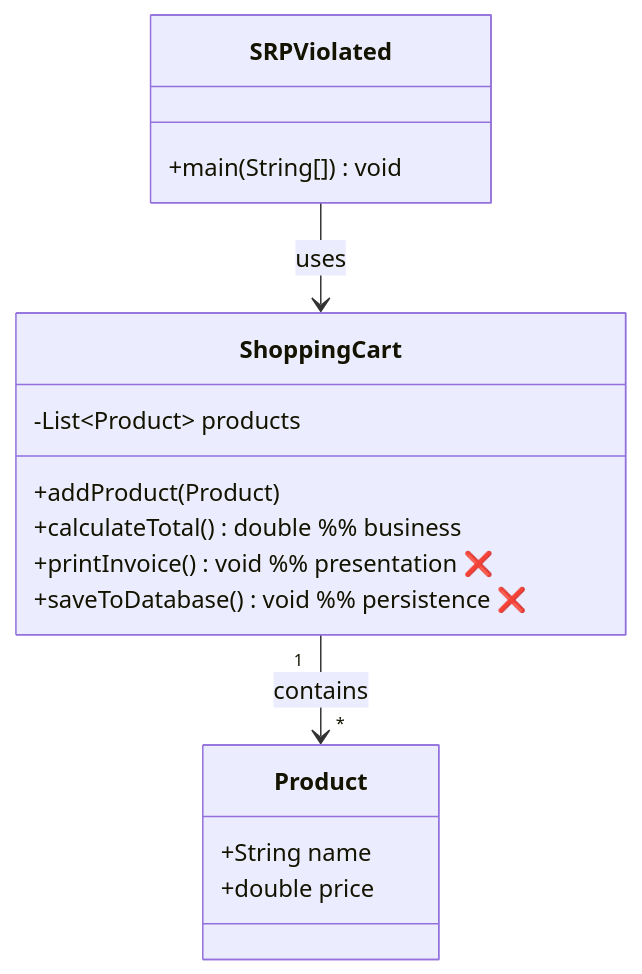
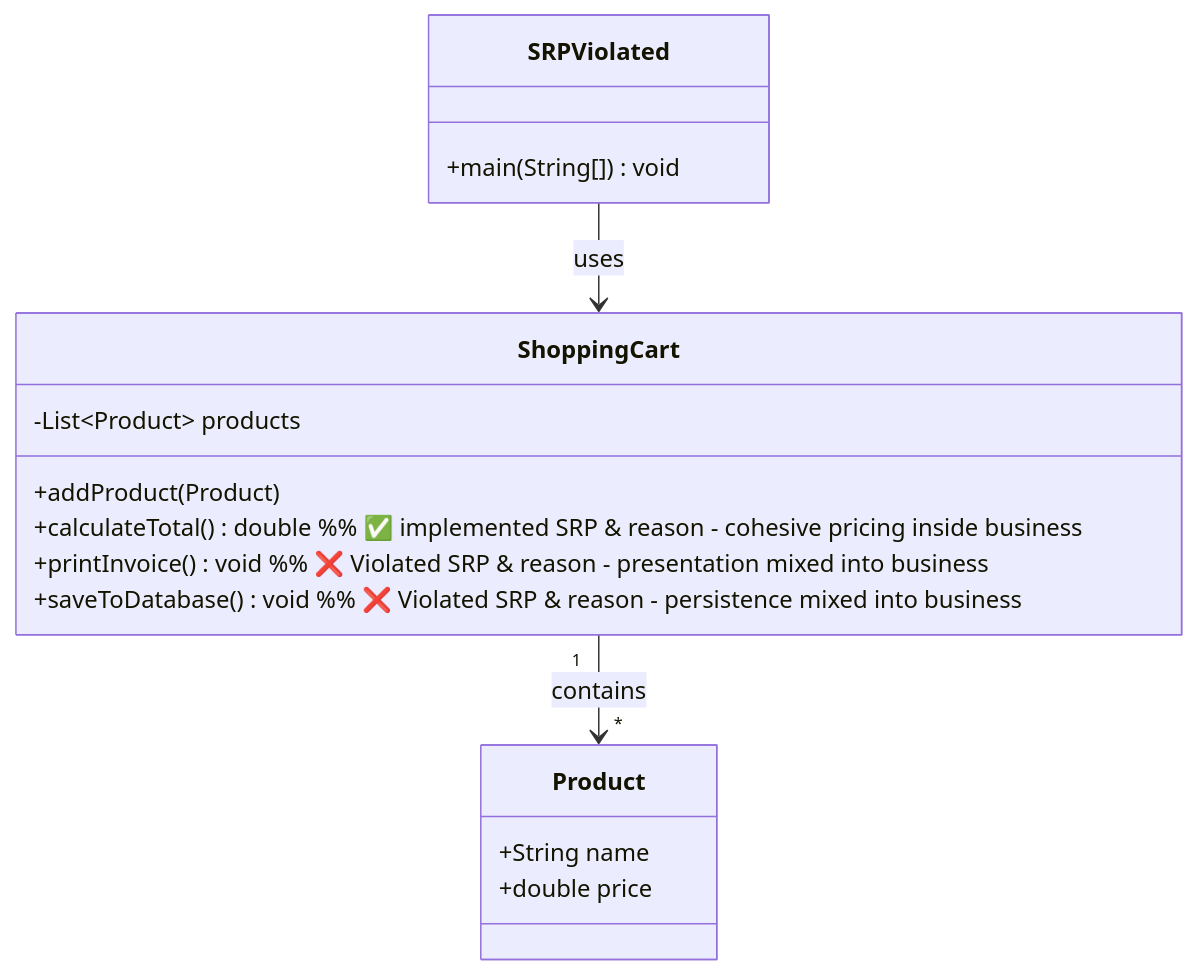
The first of 2 diagrams in src/design/principles/srp/SingleResponsibilityPrinicple.md (Surya5286/solid-design-principles), drawn with Mermaid before and after one commit. The commit also changed other lines of this file and 2 other files, not shown here.

Commit message:
SRP design principle & Markdown Notes updated.

````diff
--- a/src/design/principles/srp/SingleResponsibilityPrinicple.md
+++ b/src/design/principles/srp/SingleResponsibilityPrinicple.md
@@ -82,22 +90,22 @@
 ```mermaid
 classDiagram
     class Product {
       +String name
       +double price
     }
 
     class ShoppingCart {
       -List~Product~ products
       +addProduct(Product)
-      +calculateTotal() double      %% business
-      +printInvoice() void          %% presentation ❌
-      +saveToDatabase() void        %% persistence  ❌
+      +calculateTotal() double      %% ✅ implemented SRP & reason - cohesive pricing inside business
+      +printInvoice() void          %% ❌ Violated SRP & reason - presentation mixed into business
+      +saveToDatabase() void        %% ❌ Violated SRP & reason - persistence mixed into business
     }
 
     class SRPViolated {
       +main(String[]) void
     }
 
     ShoppingCart "1" --> "*" Product : contains
     SRPViolated --> ShoppingCart : uses
 ```
````
